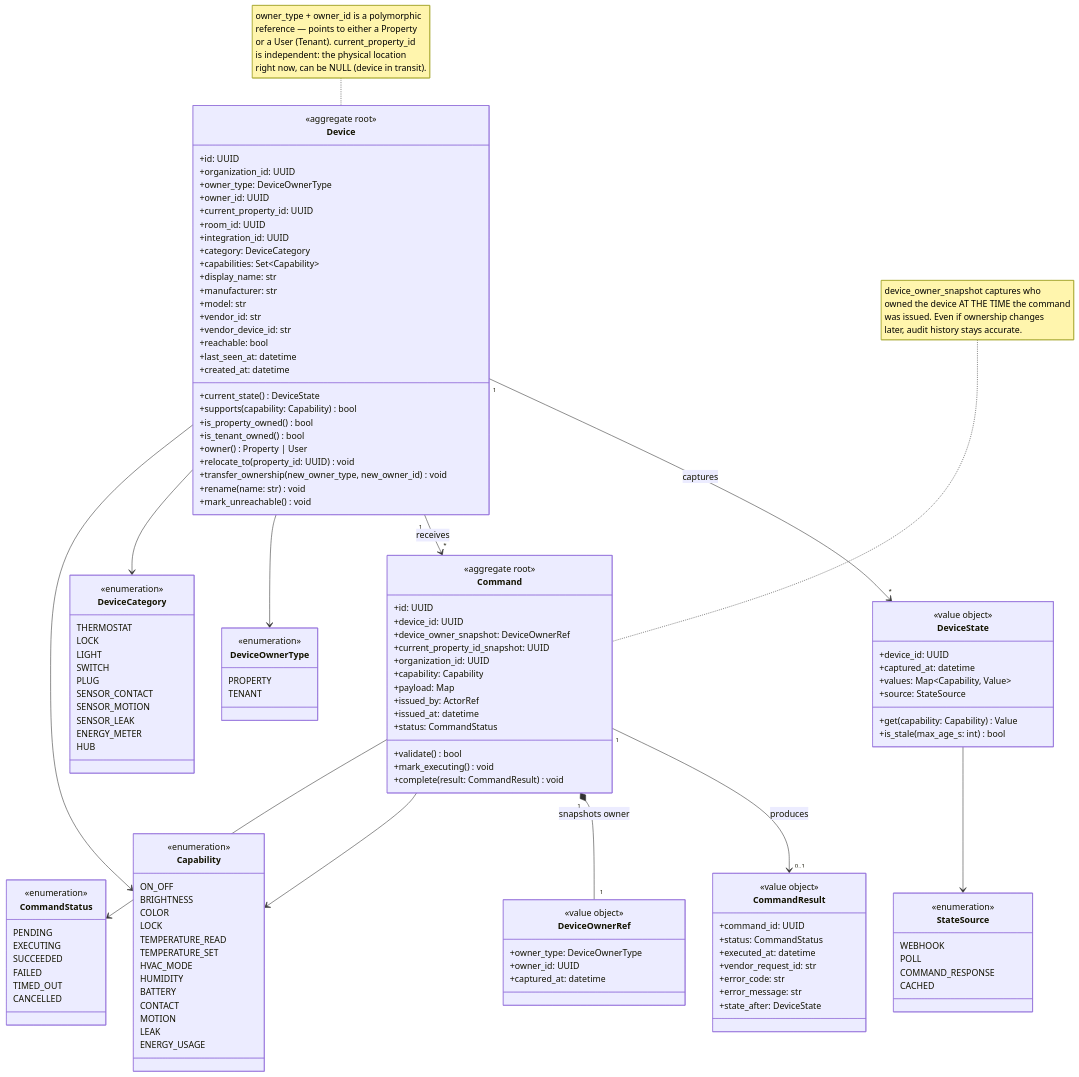
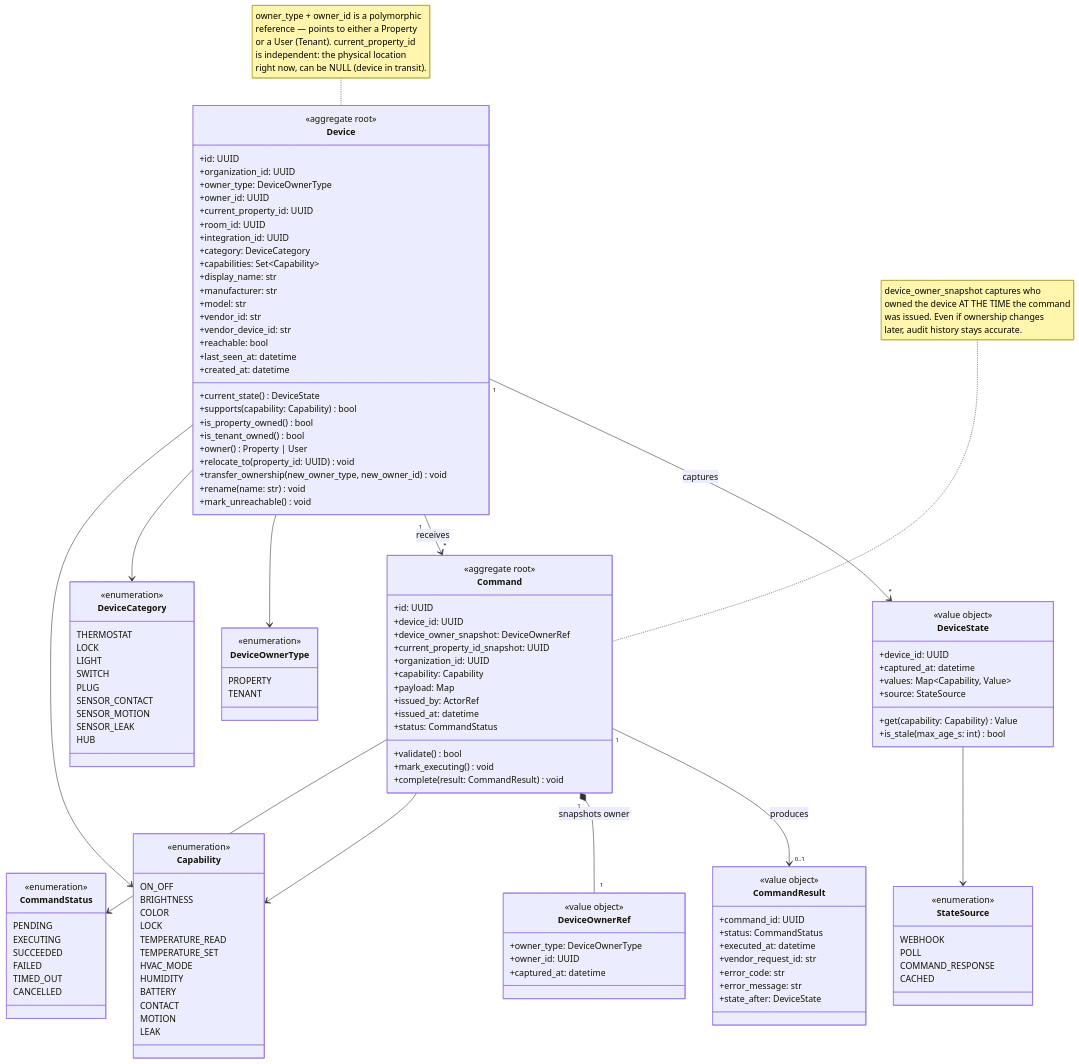
The fifth of 13 diagrams in docs/class_diagrams.md (motola/nestra-mvp), drawn with Mermaid before and after one commit. The commit also changed other lines of this file and 2 other files, not shown here.

Commit message:
NEM-14: remove energy from docs and canonical model

```diff
--- a/docs/class_diagrams.md
+++ b/docs/class_diagrams.md
@@ -475,7 +475,6 @@
         SENSOR_CONTACT
         SENSOR_MOTION
         SENSOR_LEAK
-        ENERGY_METER
         HUB
     }
 
@@ -493,7 +492,6 @@
         CONTACT
         MOTION
         LEAK
-        ENERGY_USAGE
     }
 
     class CommandStatus {
```
